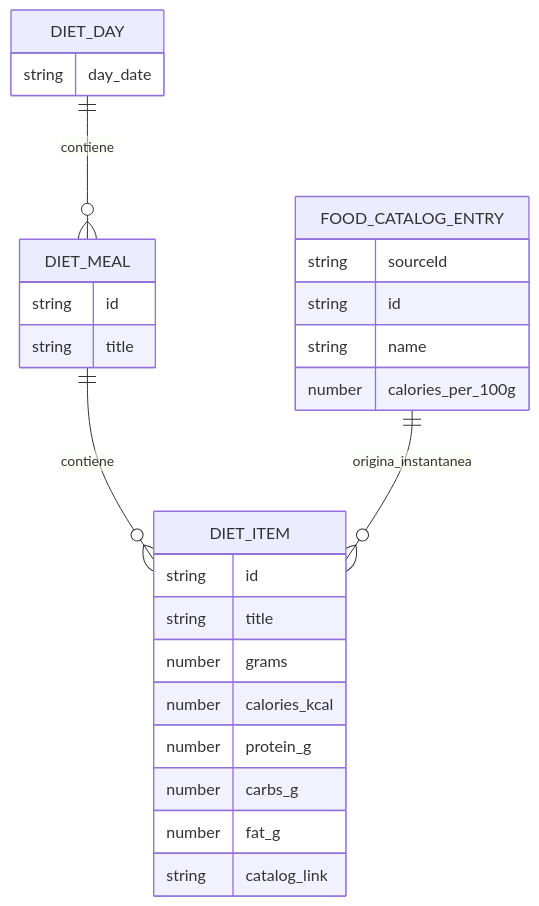
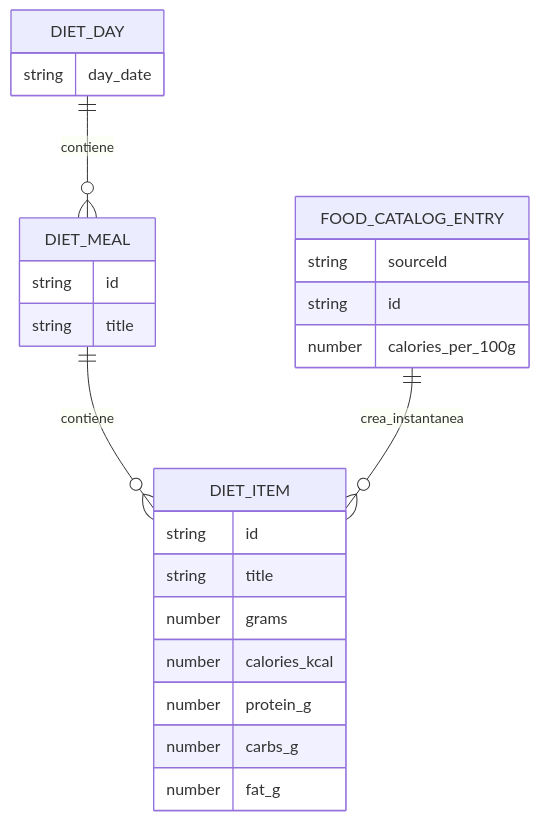
The first of 3 diagrams in openwiki/mobile/diet-and-food-estimation.md (maximofn/gymnasia), drawn with Mermaid before and after one commit. The commit also changed other lines of this file and 22 other files, not shown here.

````diff
--- a/openwiki/mobile/diet-and-food-estimation.md
+++ b/openwiki/mobile/diet-and-food-estimation.md
@@ -69,30 +71,28 @@
 ```mermaid
 erDiagram
     DIET_DAY ||--o{ DIET_MEAL : contiene
     DIET_MEAL ||--o{ DIET_ITEM : contiene
-    FOOD_CATALOG_ENTRY ||--o{ DIET_ITEM : origina_instantanea
+    FOOD_CATALOG_ENTRY ||--o{ DIET_ITEM : crea_instantanea
 
     DIET_DAY {
         string day_date
     }
     DIET_MEAL {
         string id
         string title
     }
     DIET_ITEM {
         string id
         string title
         number grams
         number calories_kcal
         number protein_g
         number carbs_g
         number fat_g
-        string catalog_link
     }
     FOOD_CATALOG_ENTRY {
         string sourceId
         string id
-        string name
         number calories_per_100g
     }
 ```
````
